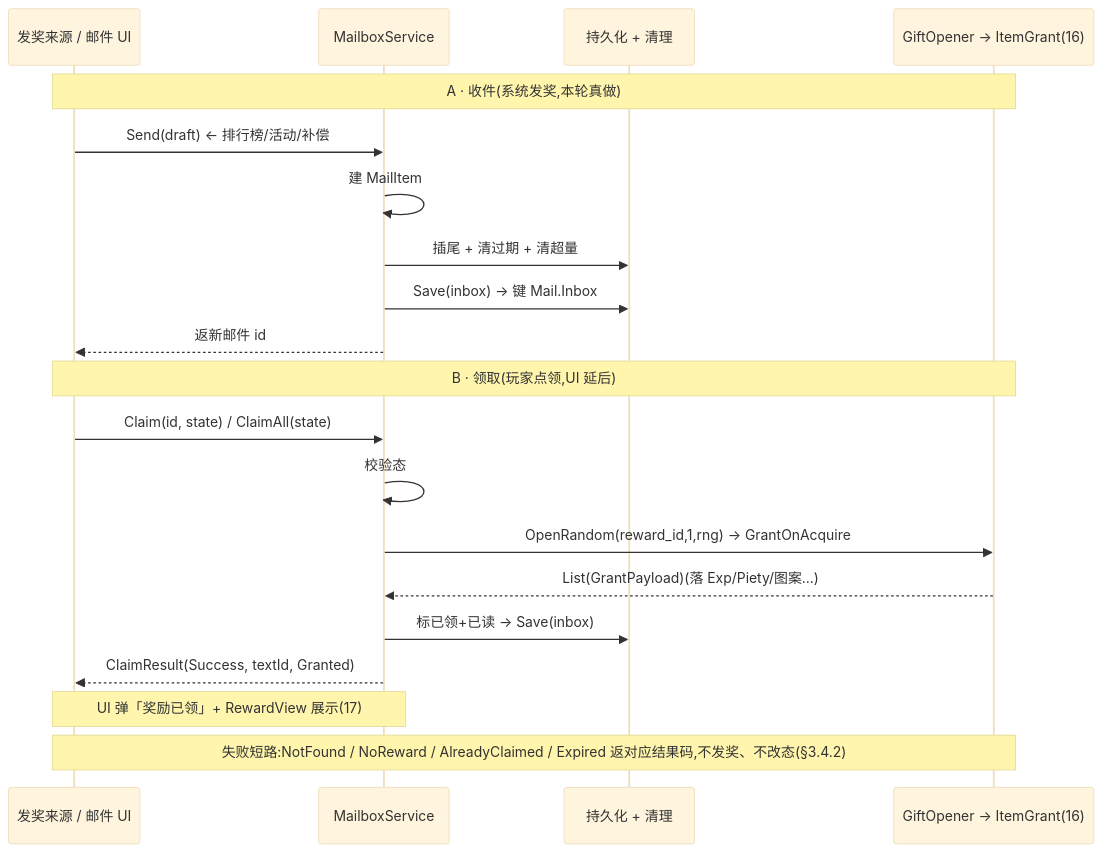
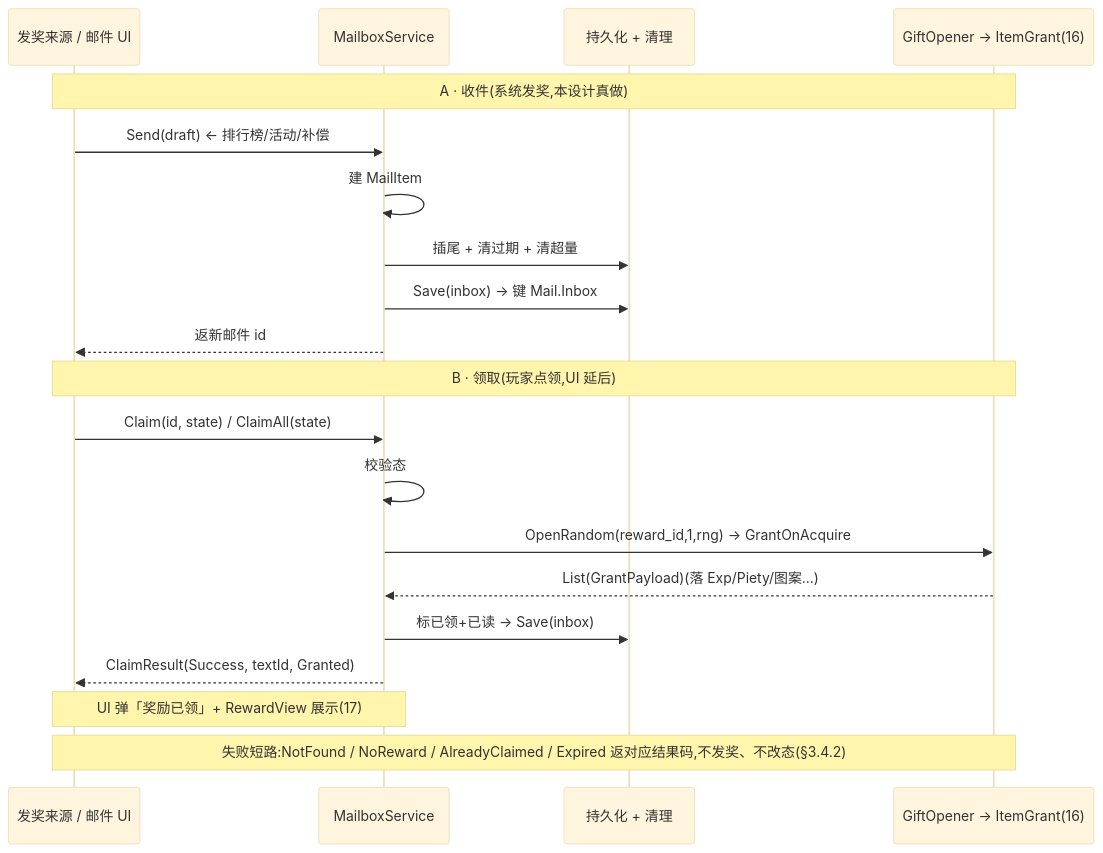
The second of 2 diagrams in UnityProject/design-docs/21-mail-system.md (zhoupeng921101/TEngine_zp), drawn with Mermaid (base theme) before and after one commit. The commit also changed other lines of this file and 11 other files, not shown here.

````diff
--- a/UnityProject/design-docs/21-mail-system.md
+++ b/UnityProject/design-docs/21-mail-system.md
@@ -478,22 +478,22 @@
 ```mermaid
 sequenceDiagram
     participant U as 发奖来源 / 邮件 UI
     participant S as MailboxService
     participant P as 持久化 + 清理
     participant G as GiftOpener → ItemGrant(16)
-    Note over U,G: A · 收件(系统发奖,本轮真做)
+    Note over U,G: A · 收件(系统发奖,本设计真做)
     U->>S: Send(draft) ← 排行榜/活动/补偿
     S->>S: 建 MailItem
     S->>P: 插尾 + 清过期 + 清超量
     S->>P: Save(inbox) → 键 Mail.Inbox
     S-->>U: 返新邮件 id
     Note over U,G: B · 领取(玩家点领,UI 延后)
     U->>S: Claim(id, state) / ClaimAll(state)
     S->>S: 校验态
     S->>G: OpenRandom(reward_id,1,rng) → GrantOnAcquire
     G-->>S: List(GrantPayload)(落 Exp/Piety/图案…)
     S->>P: 标已领+已读 → Save(inbox)
     S-->>U: ClaimResult(Success, textId, Granted)
     Note over U,S: UI 弹「奖励已领」+ RewardView 展示(17)
     Note over U,G: 失败短路:NotFound / NoReward / AlreadyClaimed / Expired 返对应结果码,不发奖、不改态(§3.4.2)
 ```
````
